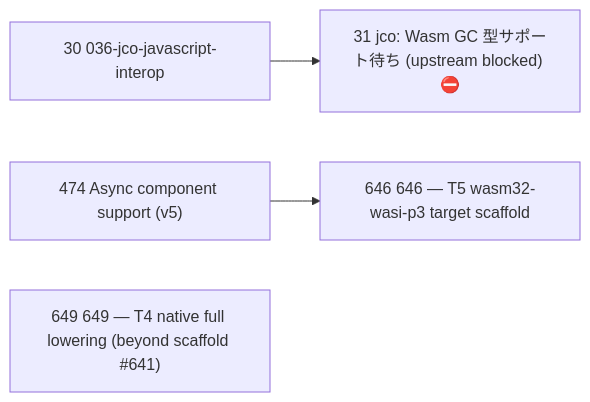
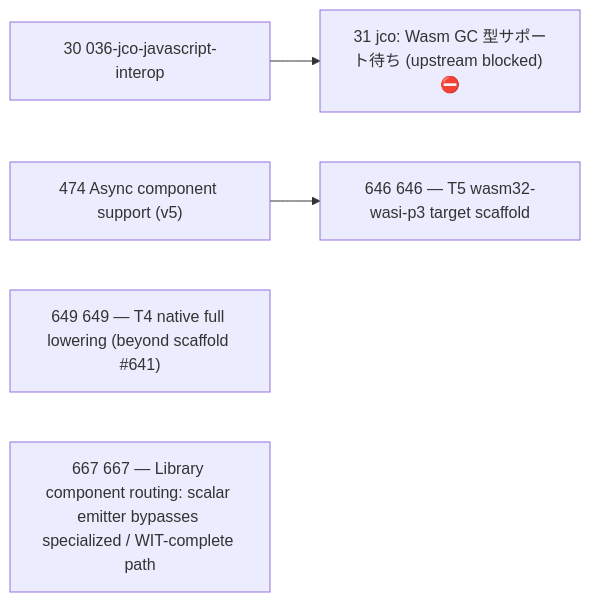
One commit to wogikaze/arukellt changed the diagram in issues/open/dependency-graph.md. Above: the diagram before and after it, drawn with Mermaid. The commit also changed other lines of this file and 4 other files, not shown here.

First line of the commit message:
Open #667 for library component routing regression post-#666.

````diff
--- a/issues/open/dependency-graph.md
+++ b/issues/open/dependency-graph.md
@@ -7,10 +7,11 @@
 ```mermaid
 graph LR
   I30["30 036-jco-javascript-interop"]
   I474["474 Async component support (v5)"]
   I649["649 649 — T4 native full lowering (beyond scaffold #641)"]
+  I667["667 667 — Library component routing: scalar emitter bypasses specialized / WIT-complete path"]
   I646["646 646 — T5 wasm32-wasi-p3 target scaffold"]
   I31["31 jco: Wasm GC 型サポート待ち (upstream blocked) ⛔"]
   I474 --> I646
   I30 --> I31
 ```
````
